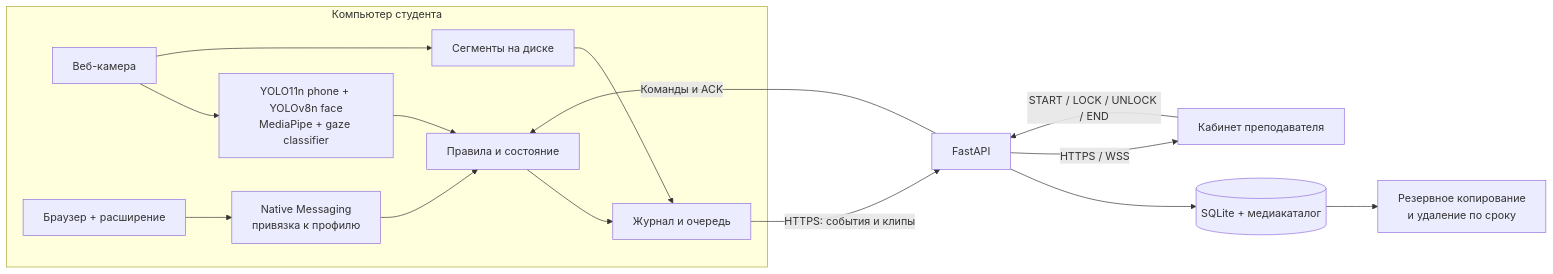
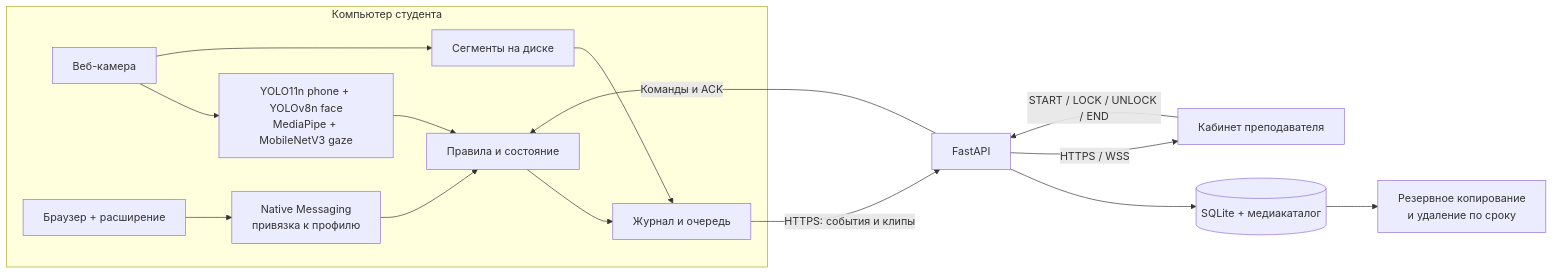
The second of 2 diagrams in README.md (ovverage/hackaton-kru), drawn with Mermaid before and after one commit. The commit also changed other lines of this file and 89 other files, not shown here.

````diff
--- a/README.md
+++ b/README.md
@@ -217,18 +219,18 @@
 ```mermaid
 flowchart LR
     subgraph PC[Компьютер студента]
-        Camera[Веб-камера] --> CV["YOLO11n phone + YOLOv8n face<br/>MediaPipe + gaze classifier"]
+        Camera[Веб-камера] --> CV["YOLO11n phone + YOLOv8n face<br/>MediaPipe + MobileNetV3 gaze"]
         CV --> Rules[Правила и состояние]
         Camera --> Buffer[Сегменты на диске]
         Rules --> Queue[Журнал и очередь]
         Buffer --> Queue
         Browser[Браузер + расширение] --> Host["Native Messaging<br/>привязка к профилю"]
         Host --> Rules
     end
     Queue -->|HTTPS: события и клипы| API[FastAPI]
     API --> DB[(SQLite + медиакаталог)]
     API -->|HTTPS / WSS| Teacher[Кабинет преподавателя]
     Teacher -->|START / LOCK / UNLOCK / END| API
     API -->|Команды и ACK| Rules
     DB --> Backup["Резервное копирование<br/>и удаление по сроку"]
 ```
````
